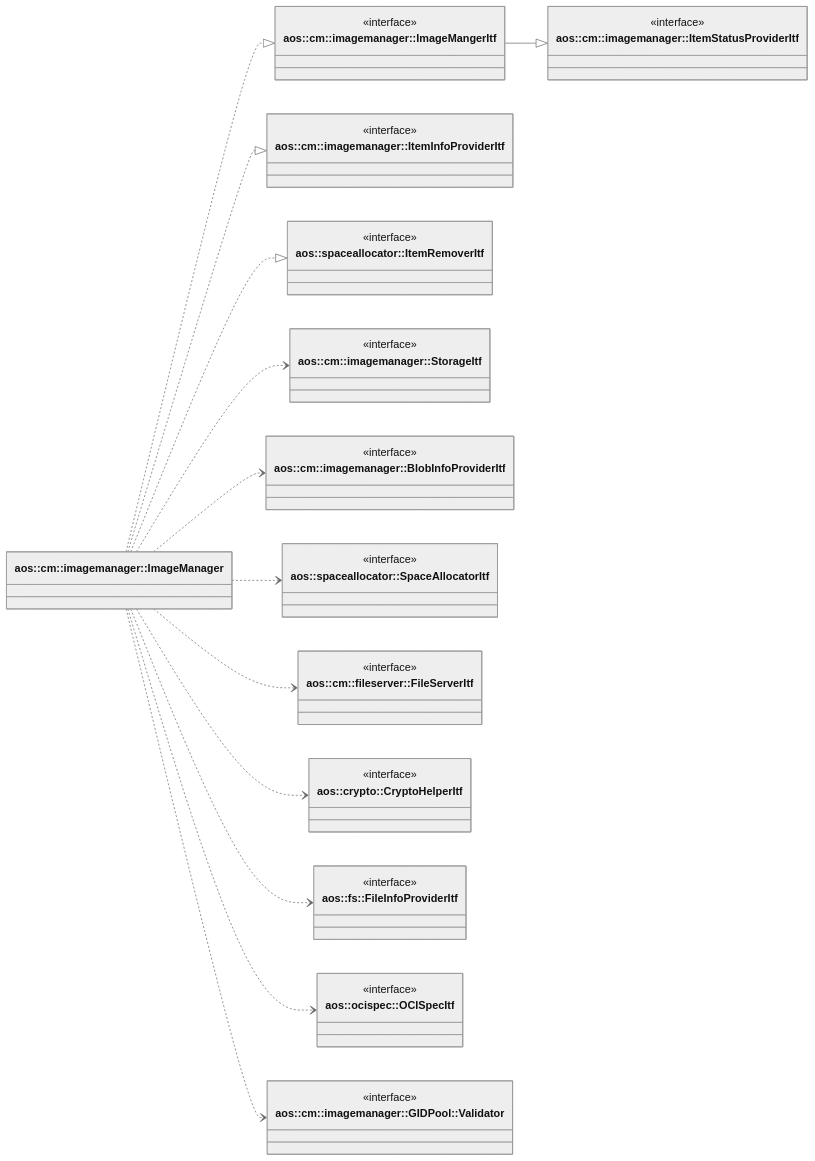
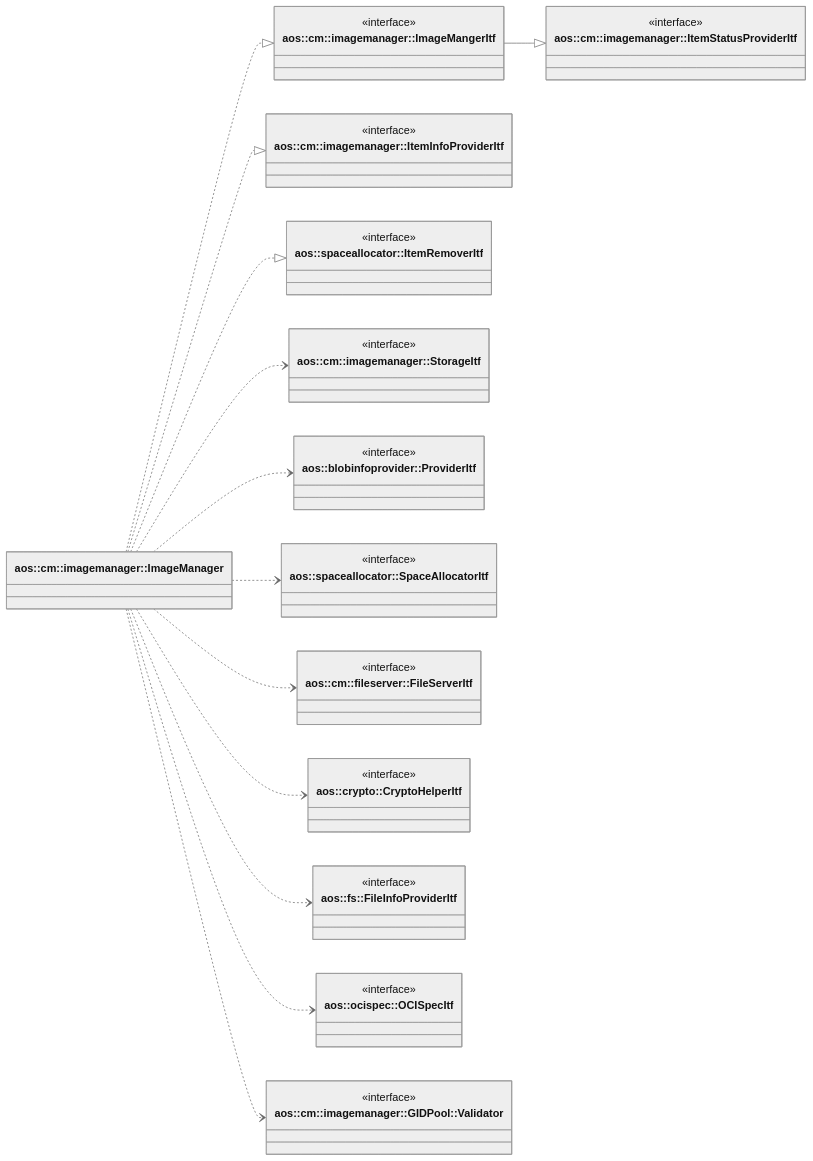
One commit to aosedge/aos_core_lib_cpp changed the diagram in src/core/cm/imagemanager/imagemanager.md. Above: the diagram before and after it, drawn with Mermaid (neutral theme). The commit also changed other lines of this file and 11 other files, not shown here.

First line of the commit message:
common: blobinfoprovider: move blob info provider itf to common

````diff
--- a/src/core/cm/imagemanager/imagemanager.md
+++ b/src/core/cm/imagemanager/imagemanager.md
@@ -24,70 +24,70 @@
 ```mermaid
 classDiagram
     direction LR
 
     class ImageManager ["aos::cm::imagemanager::ImageManager"] {
     }
 
     class ImageManagerItf ["aos::cm::imagemanager::ImageMangerItf"] {
         <<interface>>
     }
 
     class ItemStatusProviderItf ["aos::cm::imagemanager::ItemStatusProviderItf"] {
         <<interface>>
     }
 
     class ItemInfoProviderItf ["aos::cm::imagemanager::ItemInfoProviderItf"] {
         <<interface>>
     }
 
     class ItemRemoverItf ["aos::spaceallocator::ItemRemoverItf"] {
         <<interface>>
     }
 
     class StorageItf ["aos::cm::imagemanager::StorageItf"] {
         <<interface>>
     }
 
-    class BlobInfoProviderItf ["aos::cm::imagemanager::BlobInfoProviderItf"] {
+    class BlobInfoProviderItf ["aos::blobinfoprovider::ProviderItf"] {
         <<interface>>
     }
 
     class SpaceAllocatorItf ["aos::spaceallocator::SpaceAllocatorItf"] {
         <<interface>>
     }
 
     class FileServerItf ["aos::cm::fileserver::FileServerItf"] {
         <<interface>>
     }
 
     class CryptoHelperItf ["aos::crypto::CryptoHelperItf"] {
         <<interface>>
     }
 
     class FileInfoProviderItf ["aos::fs::FileInfoProviderItf"] {
         <<interface>>
     }
 
     class OCISpecItf ["aos::ocispec::OCISpecItf"] {
         <<interface>>
     }
 
     class GIDPoolValidator ["aos::cm::imagemanager::GIDPool::Validator"] {
         <<interface>>
     }
 
     ImageManagerItf --|> ItemStatusProviderItf
 
     ImageManager ..|> ImageManagerItf
     ImageManager ..|> ItemInfoProviderItf
     ImageManager ..|> ItemRemoverItf
 
     ImageManager ..> StorageItf
     ImageManager ..> BlobInfoProviderItf
     ImageManager ..> SpaceAllocatorItf
     ImageManager ..> FileServerItf
     ImageManager ..> CryptoHelperItf
     ImageManager ..> FileInfoProviderItf
     ImageManager ..> OCISpecItf
     ImageManager ..> GIDPoolValidator
 ```
````
